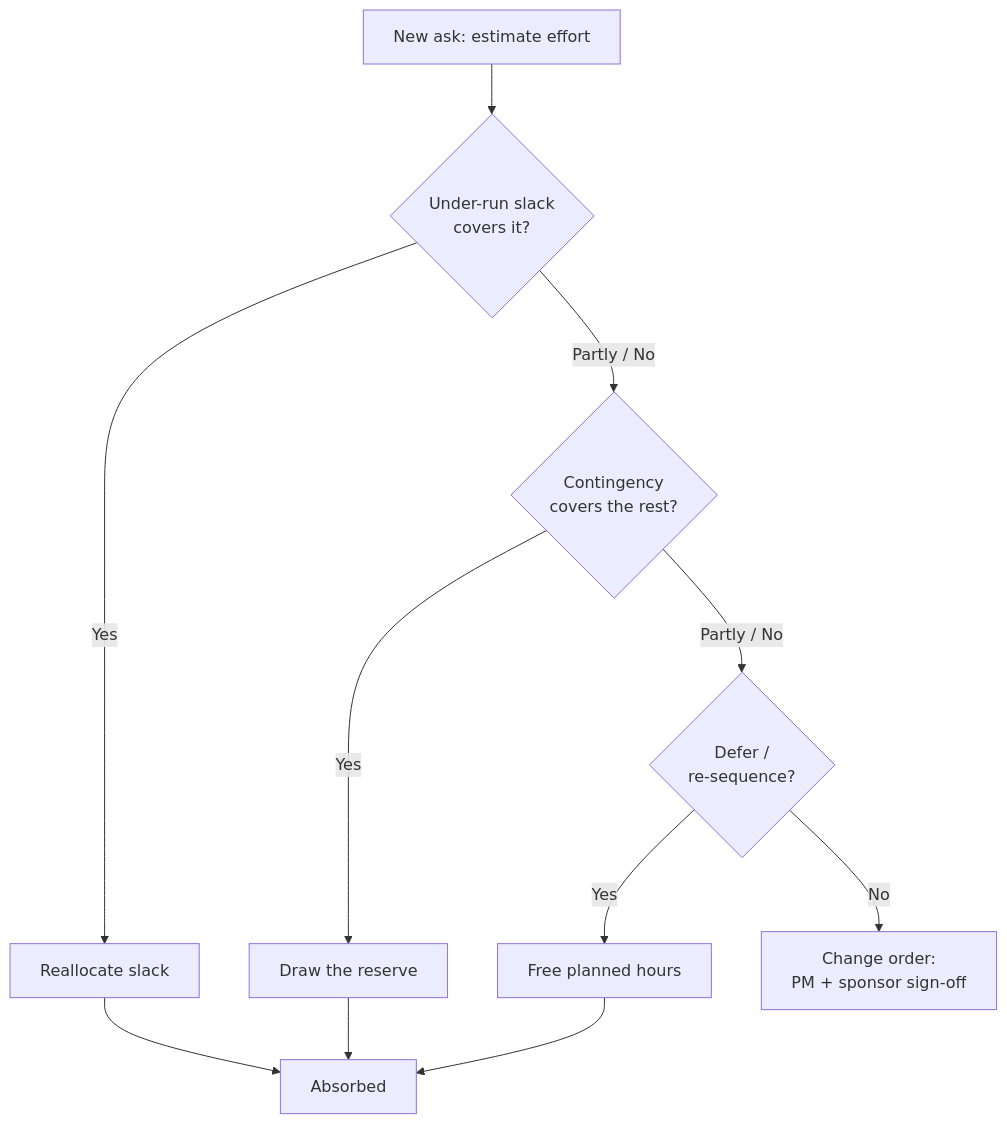
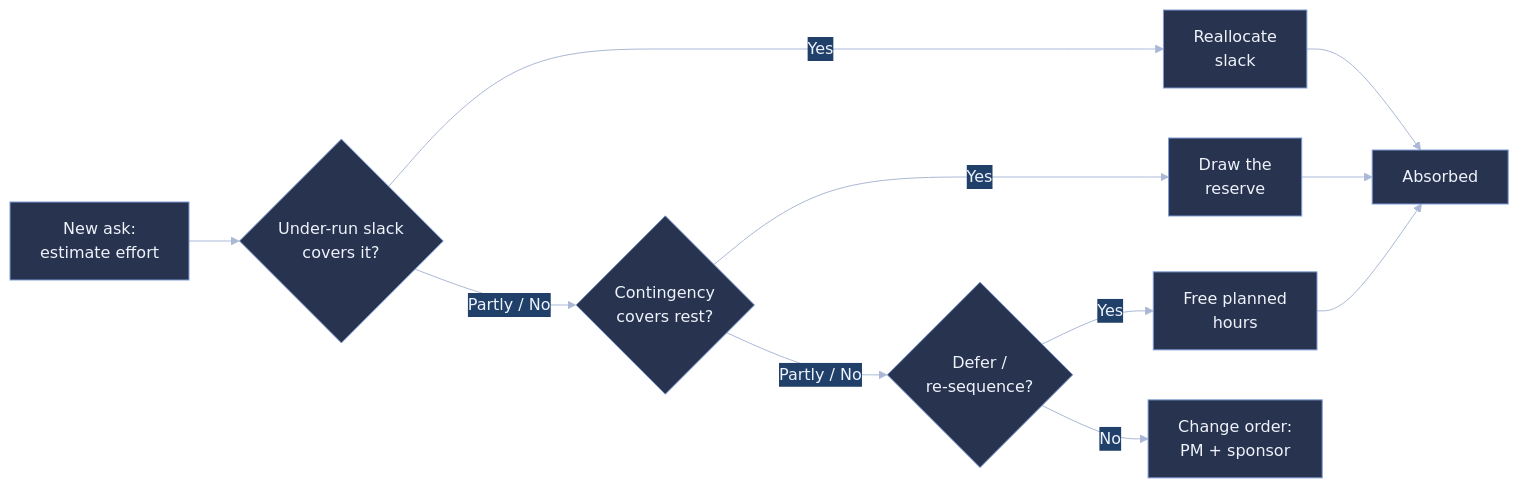
The diagram in budget_reconciliation/quarto/hours-slides.qmd (patrickiben/biometrics-ai-portfolio), drawn with Mermaid before and after one commit. The commit also changed other lines of this file and 45 other files, not shown here.

````diff
--- a/budget_reconciliation/quarto/hours-slides.qmd
+++ b/budget_reconciliation/quarto/hours-slides.qmd
@@ -56,13 +58,14 @@
 ```{mermaid}
-flowchart TD
-  ASK[New ask: estimate effort] --> SLACK{Under-run slack<br/>covers it?}
-  SLACK -->|Yes| REALLOC[Reallocate slack]
-  SLACK -->|Partly / No| CONT{Contingency<br/>covers the rest?}
-  CONT -->|Yes| DRAW[Draw the reserve]
-  CONT -->|Partly / No| DEFER{Defer /<br/>re-sequence?}
-  DEFER -->|Yes| RESEQ[Free planned hours]
-  DEFER -->|No| CO[Change order:<br/>PM + sponsor sign-off]
-  REALLOC --> ABS[Absorbed]
+%%{init: {'theme':'base','themeVariables':{'primaryColor':'#28344f','primaryTextColor':'#eef2fb','primaryBorderColor':'#7d9bd6','lineColor':'#aab8d6','tertiaryColor':'#20406a','tertiaryTextColor':'#eef2fb','tertiaryBorderColor':'#7d9bd6','secondaryColor':'#20406a','secondaryTextColor':'#eef2fb'}}}%%
+flowchart LR
+  ASK["New ask:<br/>estimate effort"] --> SLACK{"Under-run slack<br/>covers it?"}
+  SLACK -->|Yes| REALLOC["Reallocate<br/>slack"]
+  SLACK -->|Partly / No| CONT{"Contingency<br/>covers rest?"}
+  CONT -->|Yes| DRAW["Draw the<br/>reserve"]
+  CONT -->|Partly / No| DEFER{"Defer /<br/>re-sequence?"}
+  DEFER -->|Yes| RESEQ["Free planned<br/>hours"]
+  DEFER -->|No| CO["Change order:<br/>PM + sponsor"]
+  REALLOC --> ABS["Absorbed"]
   DRAW --> ABS
   RESEQ --> ABS
 ```
````
